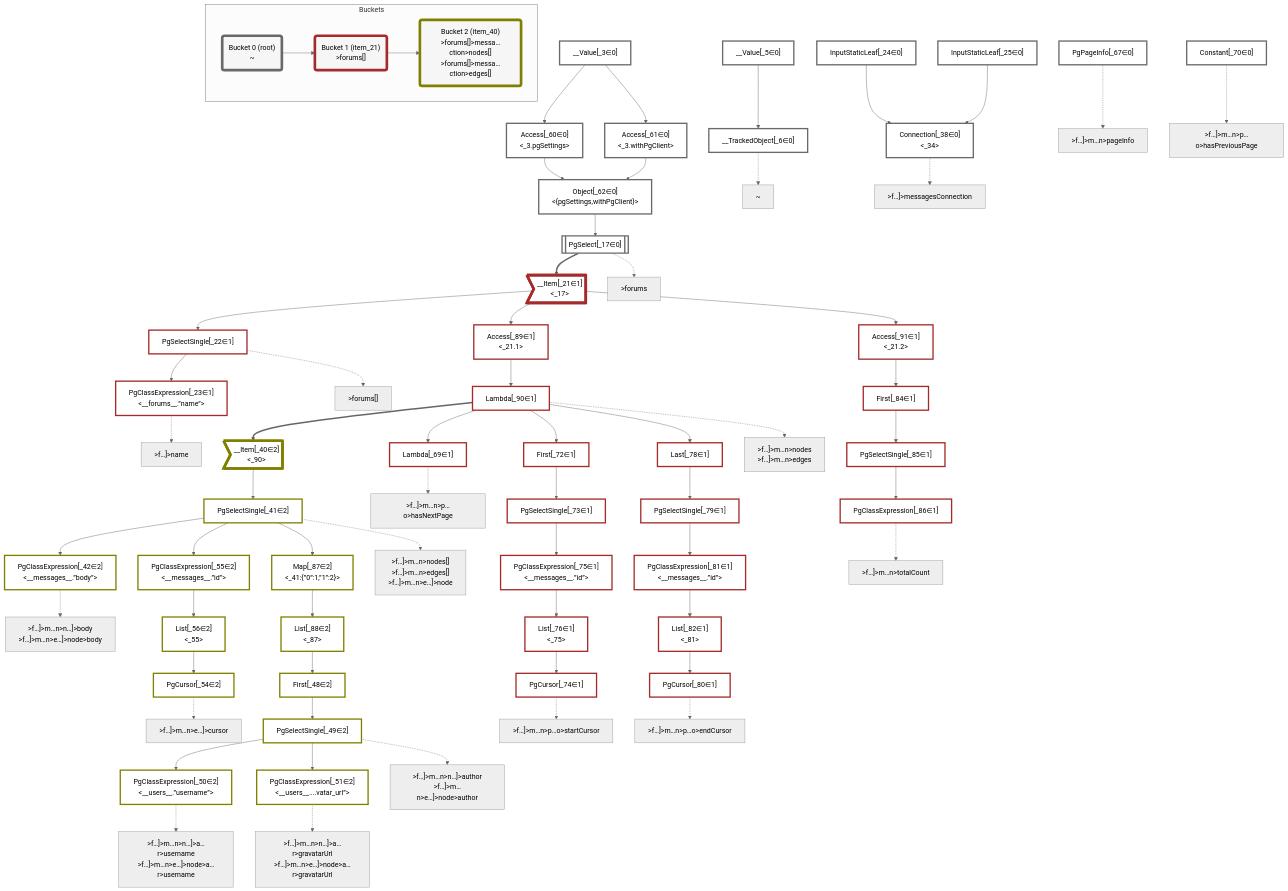
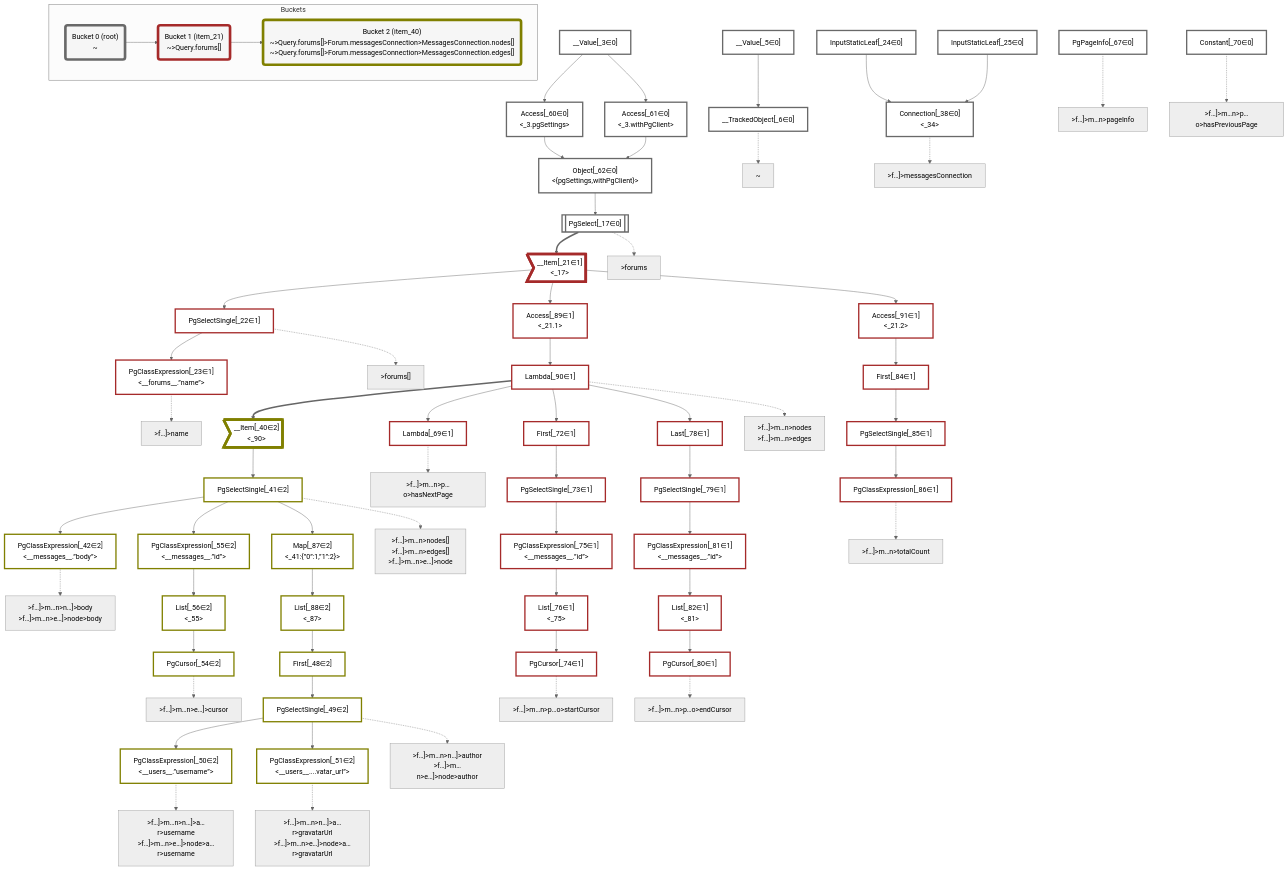
The diagram in packages/dataplan-pg/__tests__/queries/connections/pagination-when-inlined.mermaid.md (graphile/crystal), drawn with Mermaid (neutral theme) before and after one commit. The commit also changed 141 other files, not shown here.

```diff
--- a/packages/dataplan-pg/__tests__/queries/connections/pagination-when-inlined.mermaid.md
+++ b/packages/dataplan-pg/__tests__/queries/connections/pagination-when-inlined.mermaid.md
@@ -144,10 +144,10 @@
     subgraph Buckets
     Bucket0("Bucket 0 (root)<br />~"):::bucket
     style Bucket0 stroke:#696969
-    Bucket1("Bucket 1 (item_21)<br />>forums[]"):::bucket
+    Bucket1("Bucket 1 (item_21)<br />~>Query.forums[]"):::bucket
     style Bucket1 stroke:#a52a2a
     Bucket0 --> Bucket1
-    Bucket2("Bucket 2 (item_40)<br />>forums[]>messa…ction>nodes[]<br />>forums[]>messa…ction>edges[]"):::bucket
+    Bucket2("Bucket 2 (item_40)<br />~>Query.forums[]>Forum.messagesConnection>MessagesConnection.nodes[]<br />~>Query.forums[]>Forum.messagesConnection>MessagesConnection.edges[]"):::bucket
     style Bucket2 stroke:#808000
     Bucket1 --> Bucket2
     end
```
